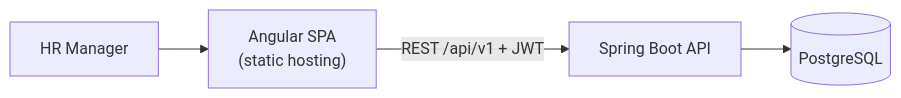
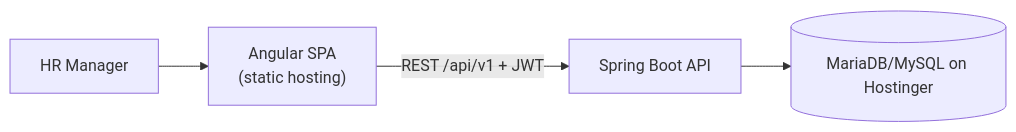
Before and after one commit to shoyabsiddique/incubyte-assessment: the first of 3 diagrams in _bmad-output/planning-artifacts/architecture/architecture-incubyte-assessment-2026-11-17/DESIGN-NOTES.md, drawn with Mermaid. The commit also changed other lines of this file and 3 other files, not shown here.

Commit message:
docs: rework architecture for Hostinger MariaDB/MySQL and Render hosting

````diff
--- a/_bmad-output/planning-artifacts/architecture/architecture-incubyte-assessment-2026-11-17/DESIGN-NOTES.md
+++ b/_bmad-output/planning-artifacts/architecture/architecture-incubyte-assessment-2026-11-17/DESIGN-NOTES.md
@@ -11,6 +11,6 @@
 ```mermaid
 flowchart LR
   user["HR Manager"] --> spa["Angular SPA\n(static hosting)"]
   spa -- "REST /api/v1 + JWT" --> api["Spring Boot API"]
-  api --> db[("PostgreSQL")]
+  api --> db[("MariaDB/MySQL on Hostinger")]
 ```
````
